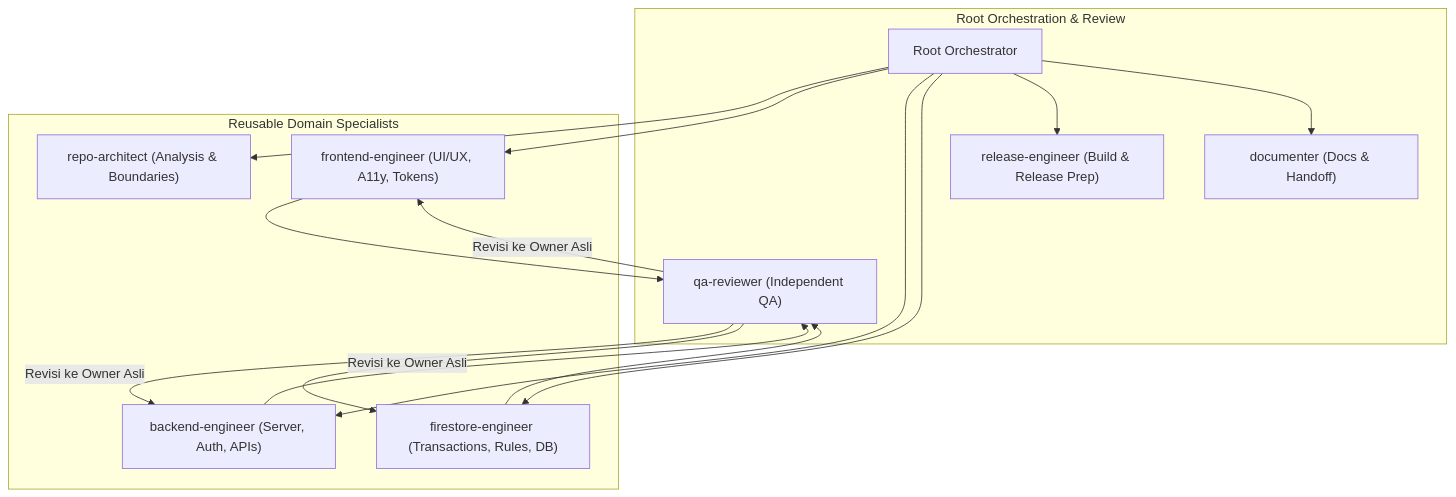
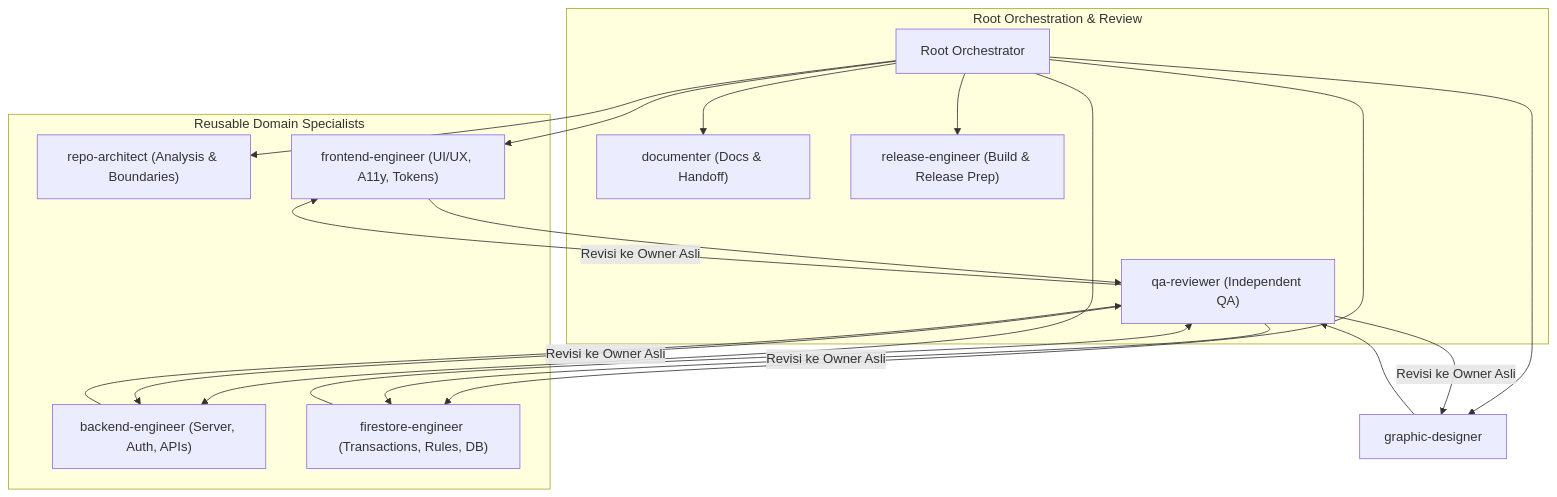
Before and after one commit to yog-aaa/sakode-quest-and-bounty: the diagram in docs/ORCHESTRATION_FRAMEWORK.md, drawn with Mermaid. The commit also changed other lines of this file and 25 other files, not shown here.

````diff
--- a/docs/ORCHESTRATION_FRAMEWORK.md
+++ b/docs/ORCHESTRATION_FRAMEWORK.md
@@ -14,25 +14,26 @@
 ```mermaid
 flowchart TD
     subgraph Governance ["Root Orchestration & Review"]
         Root["Root Orchestrator"]
         QA["qa-reviewer (Independent QA)"]
         Doc["documenter (Docs & Handoff)"]
         Rel["release-engineer (Build & Release Prep)"]
     end
 
     subgraph Implementation ["Reusable Domain Specialists"]
         Arch["repo-architect (Analysis & Boundaries)"]
         FE["frontend-engineer (UI/UX, A11y, Tokens)"]
         BE["backend-engineer (Server, Auth, APIs)"]
         FS["firestore-engineer (Transactions, Rules, DB)"]
     end
 
     Root --> Arch
     Root --> FE
     Root --> BE
     Root --> FS
-    FE & BE & FS --> QA
-    QA -->|"Revisi ke Owner Asli"| FE & BE & FS
+    Root --> GD["graphic-designer"]
+    FE & BE & FS & GD --> QA
+    QA -->|"Revisi ke Owner Asli"| FE & BE & FS & GD
     Root --> Rel
     Root --> Doc
 ```
````
